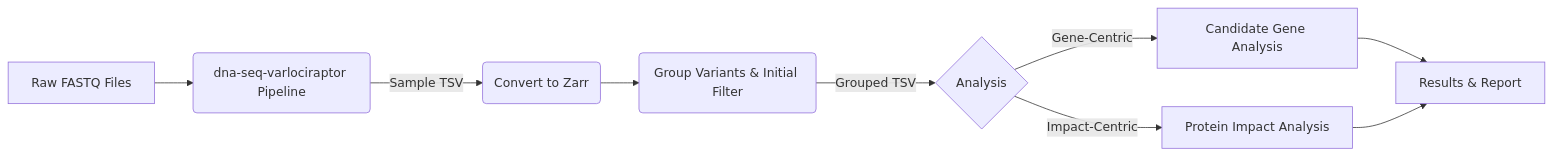
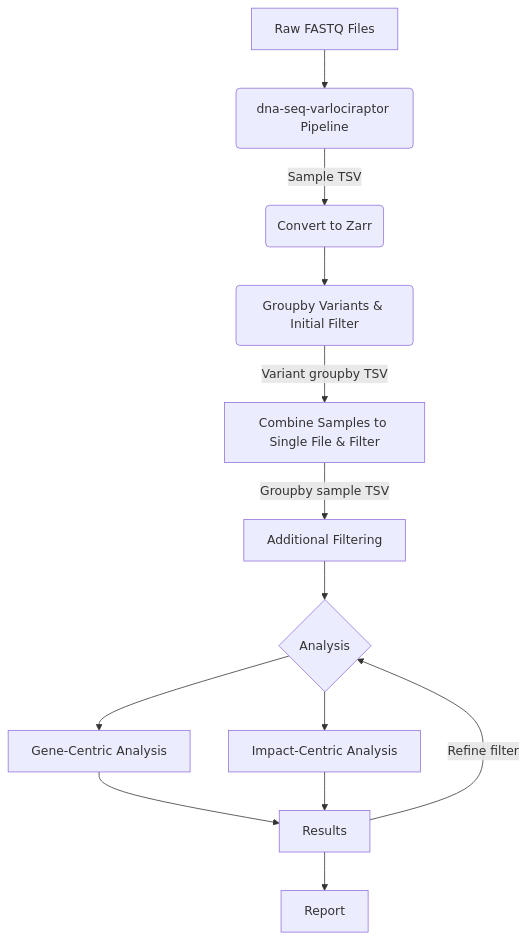
The diagram in README.md (delpropo/WES_Analysis_11340_9740), drawn with Mermaid before and after one commit. The commit also changed other lines of this file and 2 other files, not shown here.

````diff
--- a/README.md
+++ b/README.md
@@ -160,11 +196,16 @@
 ```mermaid
-graph LR
+graph TD
     A[Raw FASTQ Files] --> B(dna-seq-varlociraptor Pipeline);
     B -- Sample TSV --> C(Convert to Zarr);
-    C --> D(Group Variants & Initial Filter);
-    D -- Grouped TSV --> E{Analysis};
-    E -- Gene-Centric --> F[Candidate Gene Analysis];
-    E -- Impact-Centric --> G[Protein Impact Analysis];
-    F --> H[Results & Report];
-    G --> H;
+    C --> D(Groupby Variants & Initial Filter);
+    D -- Variant groupby TSV --> E[Combine Samples to Single File & Filter];
+    E -- Groupby sample TSV --> J[Additional Filtering];
+    J --> F{Analysis};
+    F --> G[Gene-Centric Analysis];
+    F --> H[Impact-Centric Analysis];
+    G --> I[Results];
+    I --> K[Report];
+    H --> I;
+    I -- Refine filter --> F;
+
 ```
````
